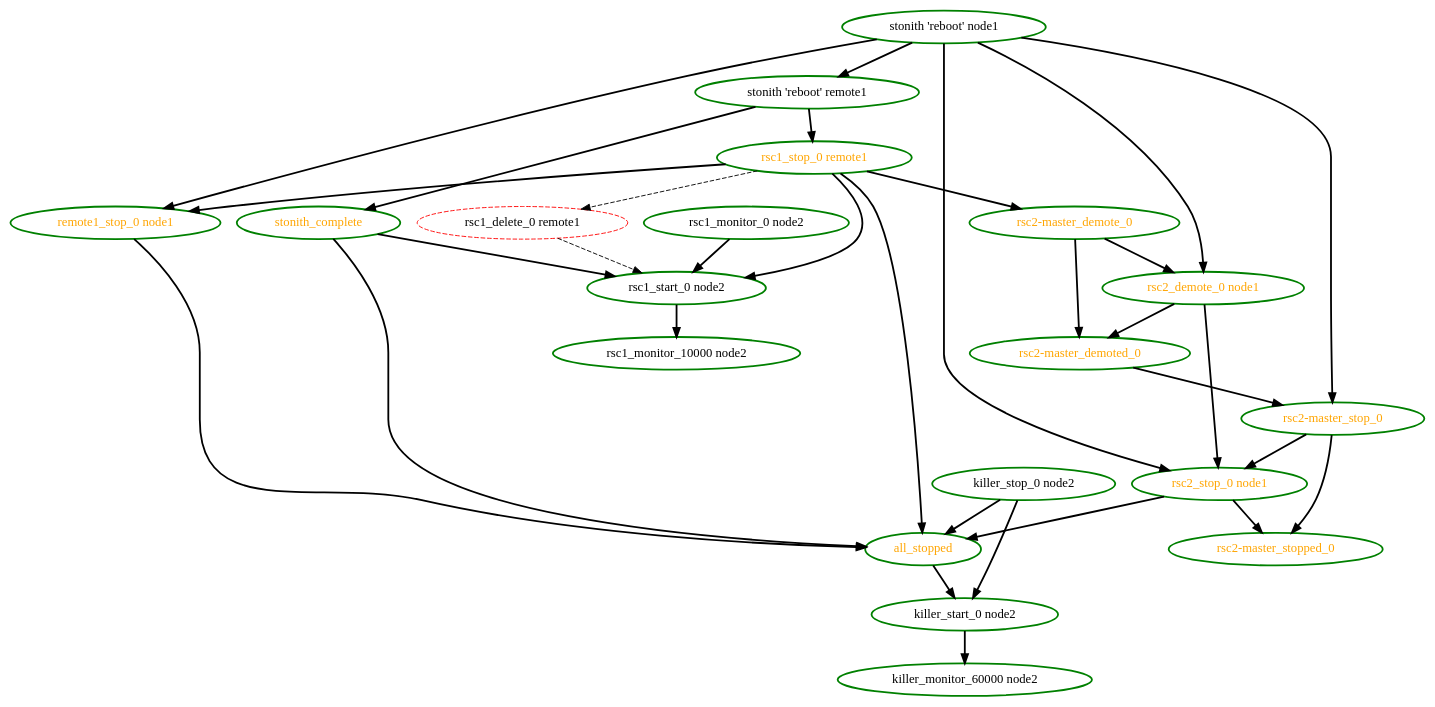
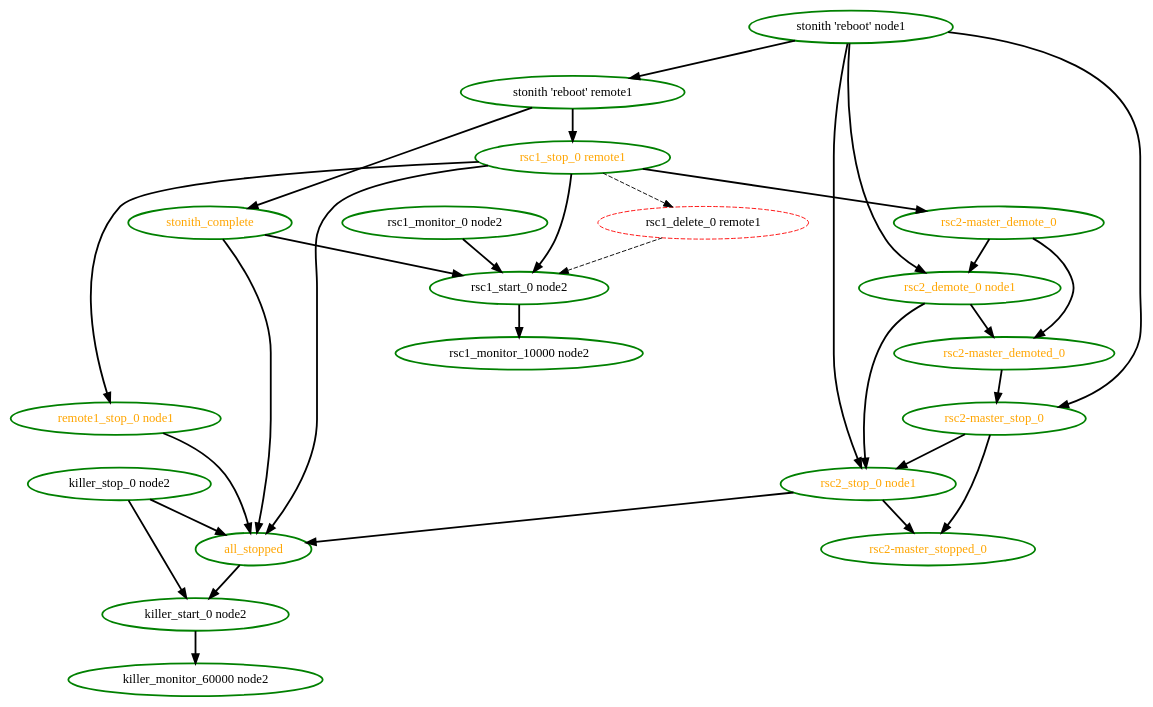
Before and after one commit to ClusterLabs/pacemaker: the diagram in cts/scheduler/remote-connection-unrecoverable.dot, drawn with Graphviz. The commit also changed 33 other files, not shown here.

```diff
--- a/cts/scheduler/remote-connection-unrecoverable.dot
+++ b/cts/scheduler/remote-connection-unrecoverable.dot
@@ -1,52 +1,51 @@
 digraph "g" {
 "all_stopped" -> "killer_start_0 node2" [ style = bold]
 "all_stopped" [ style=bold color="green" fontcolor="orange"]
 "killer_monitor_60000 node2" [ style=bold color="green" fontcolor="black"]
 "killer_start_0 node2" -> "killer_monitor_60000 node2" [ style = bold]
 "killer_start_0 node2" [ style=bold color="green" fontcolor="black"]
 "killer_stop_0 node2" -> "all_stopped" [ style = bold]
 "killer_stop_0 node2" -> "killer_start_0 node2" [ style = bold]
 "killer_stop_0 node2" [ style=bold color="green" fontcolor="black"]
 "remote1_stop_0 node1" -> "all_stopped" [ style = bold]
 "remote1_stop_0 node1" [ style=bold color="green" fontcolor="orange"]
 "rsc1_delete_0 remote1" -> "rsc1_start_0 node2" [ style = dashed]
 "rsc1_delete_0 remote1" [ style=dashed color="red" fontcolor="black"]
 "rsc1_monitor_0 node2" -> "rsc1_start_0 node2" [ style = bold]
 "rsc1_monitor_0 node2" [ style=bold color="green" fontcolor="black"]
 "rsc1_monitor_10000 node2" [ style=bold color="green" fontcolor="black"]
 "rsc1_start_0 node2" -> "rsc1_monitor_10000 node2" [ style = bold]
 "rsc1_start_0 node2" [ style=bold color="green" fontcolor="black"]
 "rsc1_stop_0 remote1" -> "all_stopped" [ style = bold]
 "rsc1_stop_0 remote1" -> "remote1_stop_0 node1" [ style = bold]
 "rsc1_stop_0 remote1" -> "rsc1_delete_0 remote1" [ style = dashed]
 "rsc1_stop_0 remote1" -> "rsc1_start_0 node2" [ style = bold]
 "rsc1_stop_0 remote1" -> "rsc2-master_demote_0" [ style = bold]
 "rsc1_stop_0 remote1" [ style=bold color="green" fontcolor="orange"]
 "rsc2-master_demote_0" -> "rsc2-master_demoted_0" [ style = bold]
 "rsc2-master_demote_0" -> "rsc2_demote_0 node1" [ style = bold]
 "rsc2-master_demote_0" [ style=bold color="green" fontcolor="orange"]
 "rsc2-master_demoted_0" -> "rsc2-master_stop_0" [ style = bold]
 "rsc2-master_demoted_0" [ style=bold color="green" fontcolor="orange"]
 "rsc2-master_stop_0" -> "rsc2-master_stopped_0" [ style = bold]
 "rsc2-master_stop_0" -> "rsc2_stop_0 node1" [ style = bold]
 "rsc2-master_stop_0" [ style=bold color="green" fontcolor="orange"]
 "rsc2-master_stopped_0" [ style=bold color="green" fontcolor="orange"]
 "rsc2_demote_0 node1" -> "rsc2-master_demoted_0" [ style = bold]
 "rsc2_demote_0 node1" -> "rsc2_stop_0 node1" [ style = bold]
 "rsc2_demote_0 node1" [ style=bold color="green" fontcolor="orange"]
 "rsc2_stop_0 node1" -> "all_stopped" [ style = bold]
 "rsc2_stop_0 node1" -> "rsc2-master_stopped_0" [ style = bold]
 "rsc2_stop_0 node1" [ style=bold color="green" fontcolor="orange"]
-"stonith 'reboot' node1" -> "remote1_stop_0 node1" [ style = bold]
 "stonith 'reboot' node1" -> "rsc2-master_stop_0" [ style = bold]
 "stonith 'reboot' node1" -> "rsc2_demote_0 node1" [ style = bold]
 "stonith 'reboot' node1" -> "rsc2_stop_0 node1" [ style = bold]
 "stonith 'reboot' node1" -> "stonith 'reboot' remote1" [ style = bold]
 "stonith 'reboot' node1" [ style=bold color="green" fontcolor="black"]
 "stonith 'reboot' remote1" -> "rsc1_stop_0 remote1" [ style = bold]
 "stonith 'reboot' remote1" -> "stonith_complete" [ style = bold]
 "stonith 'reboot' remote1" [ style=bold color="green" fontcolor="black"]
 "stonith_complete" -> "all_stopped" [ style = bold]
 "stonith_complete" -> "rsc1_start_0 node2" [ style = bold]
 "stonith_complete" [ style=bold color="green" fontcolor="orange"]
 }
```
